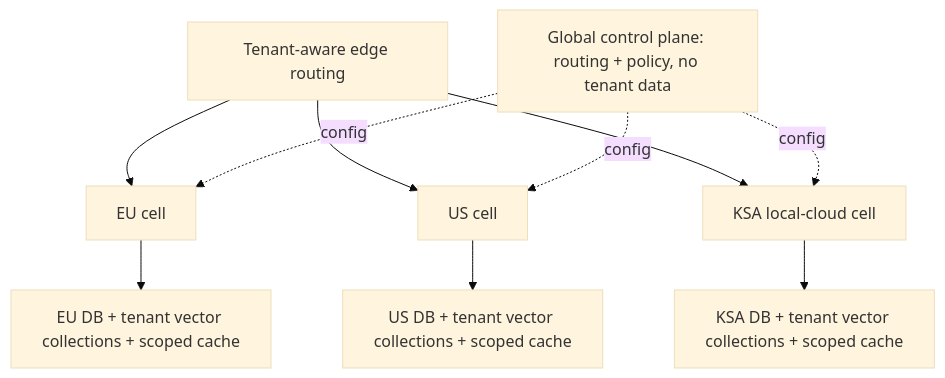
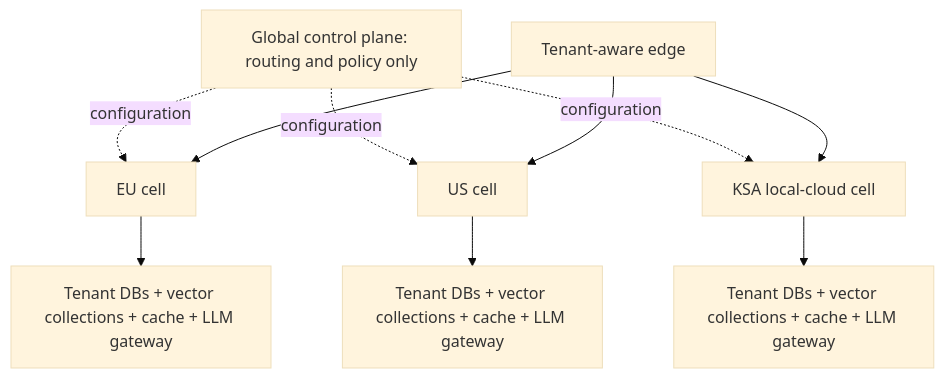
The diagram in docs/infrastructure.md (javayp/orderiq), drawn with Mermaid (base theme) before and after one commit. The commit also changed other lines of this file and 8 other files, not shown here.

````diff
--- a/docs/infrastructure.md
+++ b/docs/infrastructure.md
@@ -56,12 +15,12 @@
 ```mermaid
 flowchart TB
-    Edge["Tenant-aware edge routing"] --> EU["EU cell"]
-    Edge --> US["US cell"]
-    Edge --> KSA["KSA local-cloud cell"]
-    CP["Global control plane: routing + policy, no tenant data"] -. config .-> EU
-    CP -. config .-> US
-    CP -. config .-> KSA
-    EU --> EUData["EU DB + tenant vector collections + scoped cache"]
-    US --> USData["US DB + tenant vector collections + scoped cache"]
-    KSA --> KSAData["KSA DB + tenant vector collections + scoped cache"]
+    CP["Global control plane: routing and policy only"] -. configuration .-> EU["EU cell"]
+    CP -. configuration .-> US["US cell"]
+    CP -. configuration .-> KSA["KSA local-cloud cell"]
+    Edge["Tenant-aware edge"] --> EU
+    Edge --> US
+    Edge --> KSA
+    EU --> EUD["Tenant DBs + vector collections + cache + LLM gateway"]
+    US --> USD["Tenant DBs + vector collections + cache + LLM gateway"]
+    KSA --> KSAD["Tenant DBs + vector collections + cache + LLM gateway"]
 ```
````
